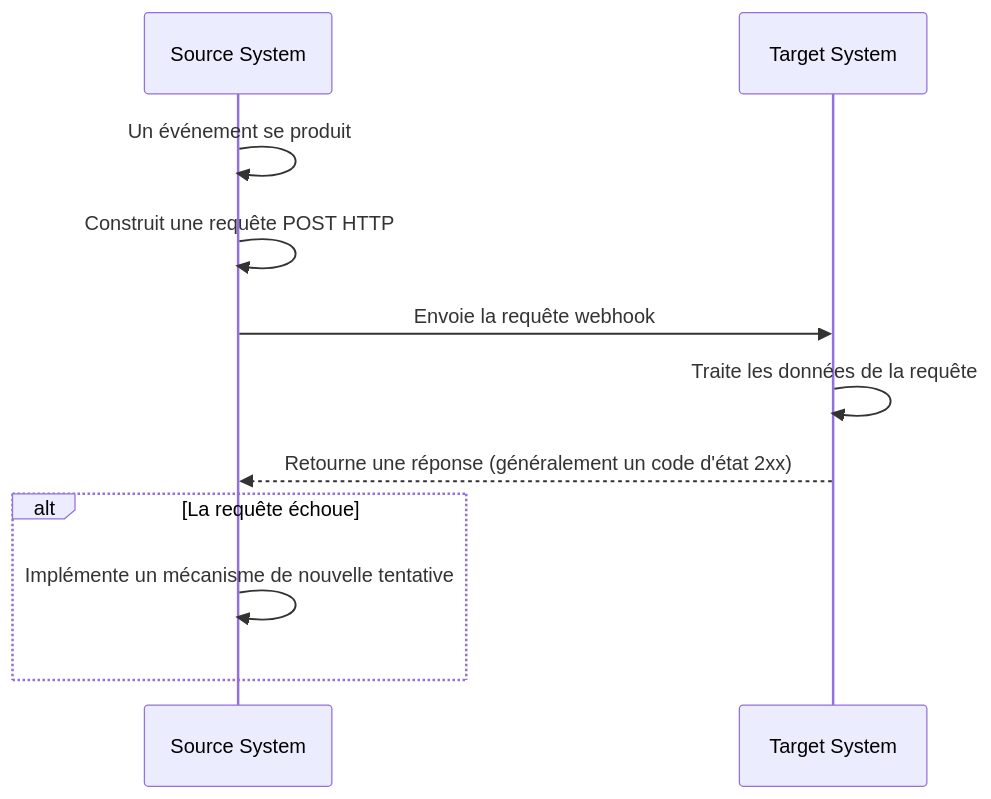
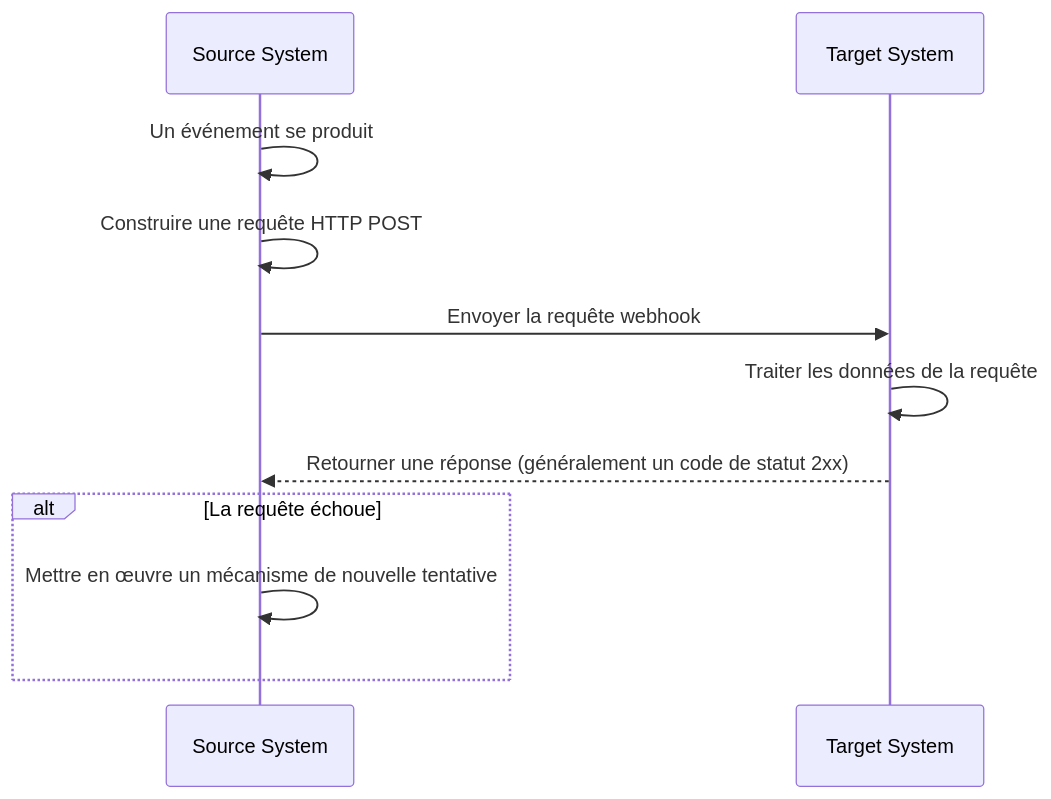
The first of 2 diagrams in src/content/terms/fr/webhook.mdx (logto-io/auth-wiki), drawn with Mermaid before and after one commit. The commit also changed other lines of this file and 98 other files, not shown here.

````diff
--- a/src/content/terms/fr/webhook.mdx
+++ b/src/content/terms/fr/webhook.mdx
@@ -13,15 +13,15 @@
 ```mermaid
 sequenceDiagram
     participant Source System
     participant Target System
     
     Source System->>Source System: Un événement se produit
-    Source System->>Source System: Construit une requête POST HTTP
-    Source System->>Target System: Envoie la requête webhook
-    Target System->>Target System: Traite les données de la requête
-    Target System-->>Source System: Retourne une réponse (généralement un code d'état 2xx)
+    Source System->>Source System: Construire une requête HTTP POST
+    Source System->>Target System: Envoyer la requête webhook
+    Target System->>Target System: Traiter les données de la requête
+    Target System-->>Source System: Retourner une réponse (généralement un code de statut 2xx)
     
     alt La requête échoue
-        Source System->>Source System: Implémente un mécanisme de nouvelle tentative
+        Source System->>Source System: Mettre en œuvre un mécanisme de nouvelle tentative
     end
 ```
````
